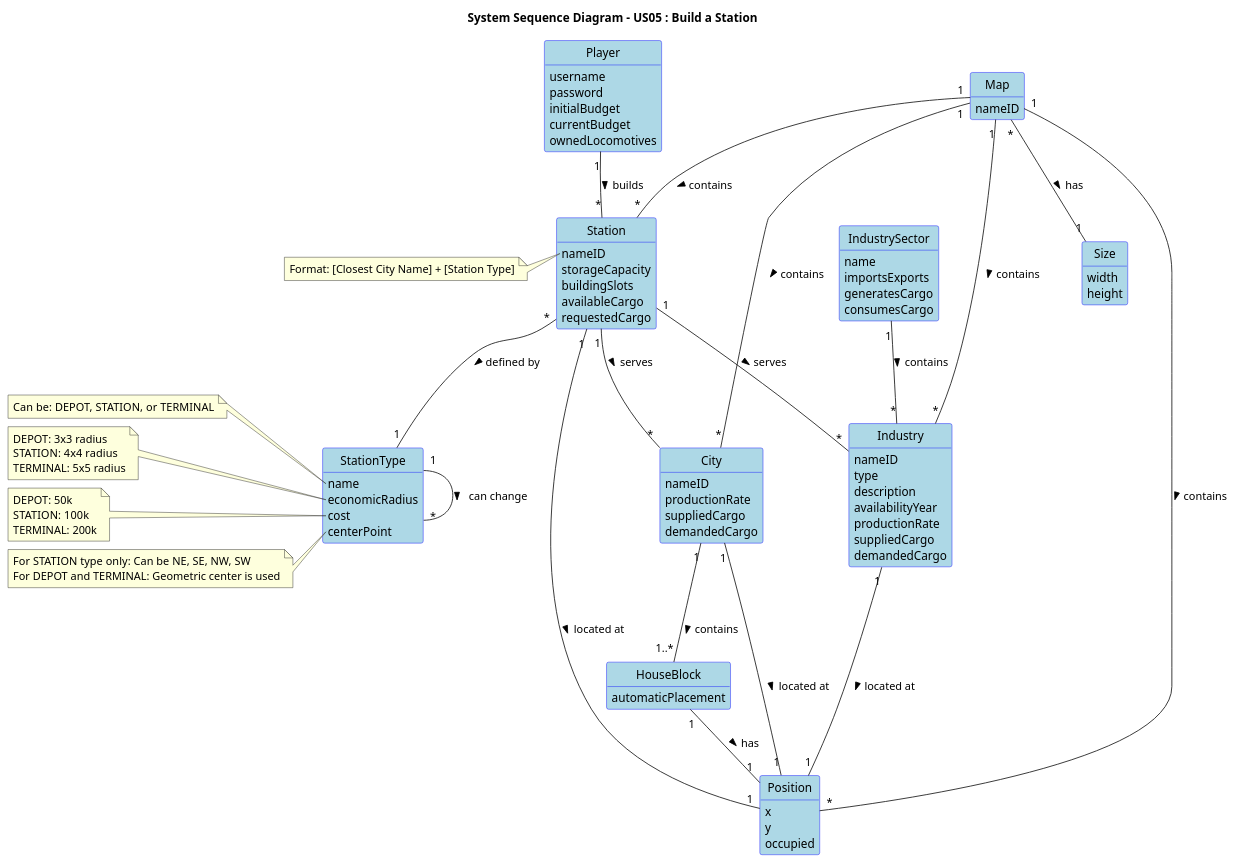
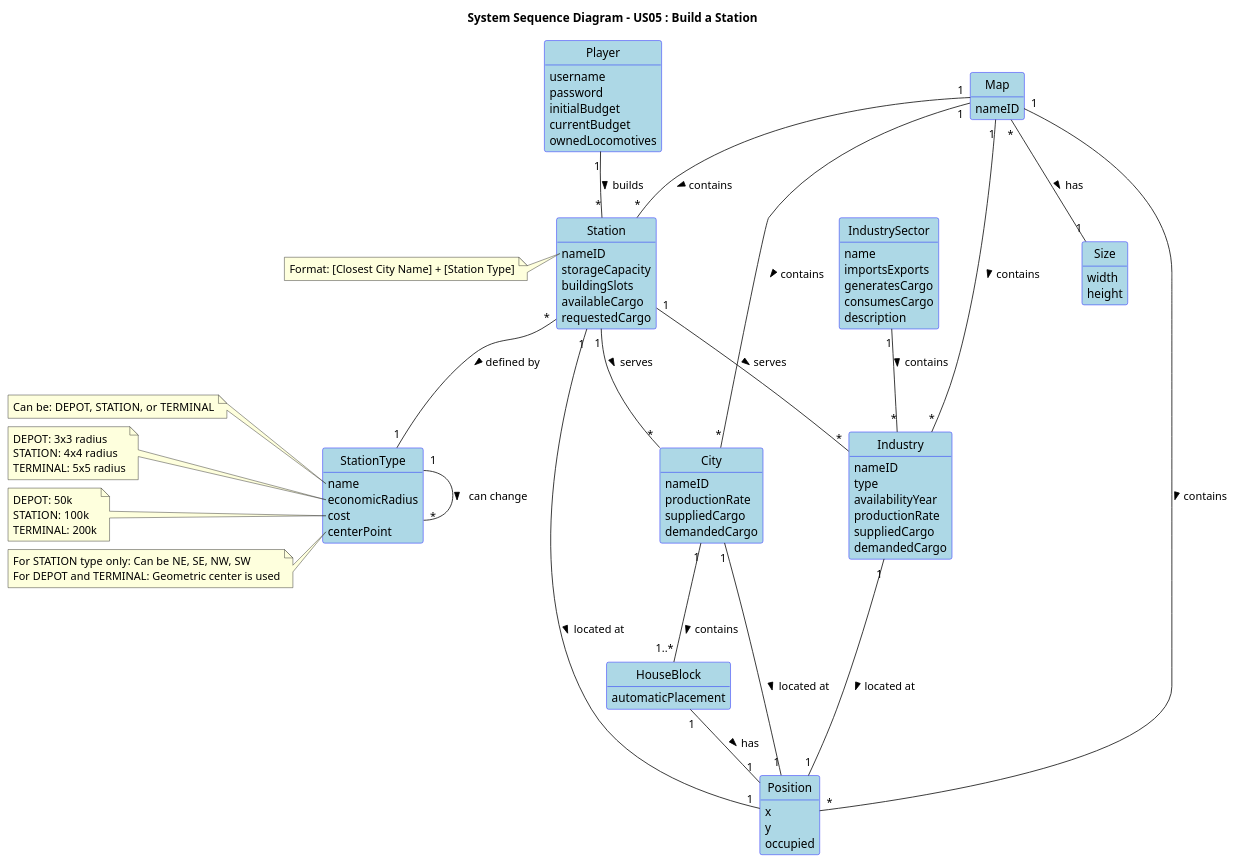
The diagram in docs/system-documentation/Sprint 2/US05/02.analysis/puml/US05-DM.puml (HenriqueSilva18/Railway-Network-Simulator), drawn with PlantUML before and after one commit. The commit also changed other lines of this file and 16 other files, not shown here.

```diff
--- a/docs/system-documentation/Sprint 2/US05/02.analysis/puml/US05-DM.puml
+++ b/docs/system-documentation/Sprint 2/US05/02.analysis/puml/US05-DM.puml
@@ -1,127 +1,127 @@
 @startuml
 skinparam shadowing false
 skinparam classAttributeIconSize 0
 skinparam class {
   BackgroundColor LightBlue
   BorderColor Blue
 }
 hide circle
 hide methods
 
 title "System Sequence Diagram - US05 : Build a Station"
 
 class Player {
   username
   password
   initialBudget
   currentBudget
   ownedLocomotives
 }
 
 class Map {
   nameID
 }
 
 class City {
   nameID
   productionRate
   suppliedCargo
   demandedCargo
 }
 
 class Industry {
   nameID
   type
-  description
   availabilityYear
   productionRate
   suppliedCargo
   demandedCargo
 }
 
 class IndustrySector {
   name
   importsExports
   generatesCargo
   consumesCargo
+  description
 }
 
 class Position {
   x
   y
   occupied
 }
 
 class Size {
   width
   height
 }
 
 class Station {
   nameID
   storageCapacity
   buildingSlots
   availableCargo
   requestedCargo
 }
 
 class StationType {
   name
   economicRadius
   cost
   centerPoint
 }
 
 class HouseBlock {
   automaticPlacement
 }
 
 
 note left of Station::nameID
   Format: [Closest City Name] + [Station Type]
 end note
 
 note left of StationType::name
   Can be: DEPOT, STATION, or TERMINAL
 end note
 
 note left of StationType::economicRadius
   DEPOT: 3x3 radius
   STATION: 4x4 radius
   TERMINAL: 5x5 radius
 end note
 
 note left of StationType::cost
   DEPOT: 50k
   STATION: 100k
   TERMINAL: 200k
 end note
 
 note left of StationType::centerPoint
   For STATION type only: Can be NE, SE, NW, SW
   For DEPOT and TERMINAL: Geometric center is used
 end note
 
 ' Relationships with corrected multiplicities
 Player "1" -- "*" Station : builds >
 City "1" -- "1" Position : located at >
 Industry "1" -- "1" Position : located at >
 Map "1" -- "*" City : contains >
 Map "1" -- "*" Industry : contains >
 Map "1" -- "*" Position : contains >
 Map "1" -- "*" Station : contains >
 Map "*" -- "1" Size : has >
 Station "1" -- "*" City : serves >
 Station "1" -- "*" Industry : serves >
 Station "1" -- "1" Position : located at >
 
 City "1" -- "1..*" HouseBlock : contains >
 HouseBlock "1" -- "1" Position : has >
 
 IndustrySector "1" -- "*" Industry : contains >
 Station "*" -- "1" StationType : defined by >
 
 StationType "1" -- "*" StationType : can change >
 
 
 @enduml
```
